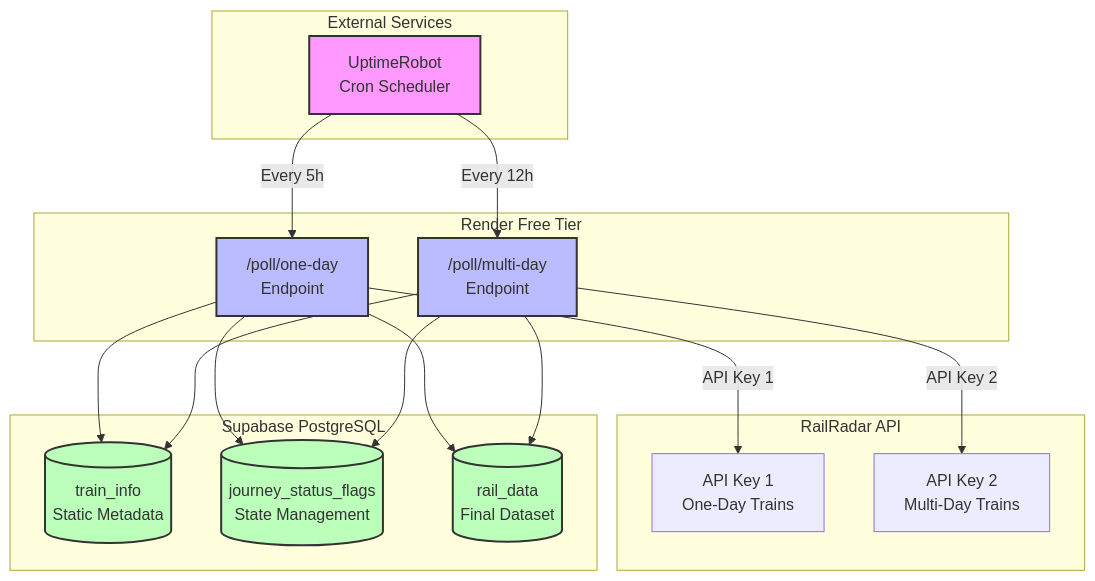
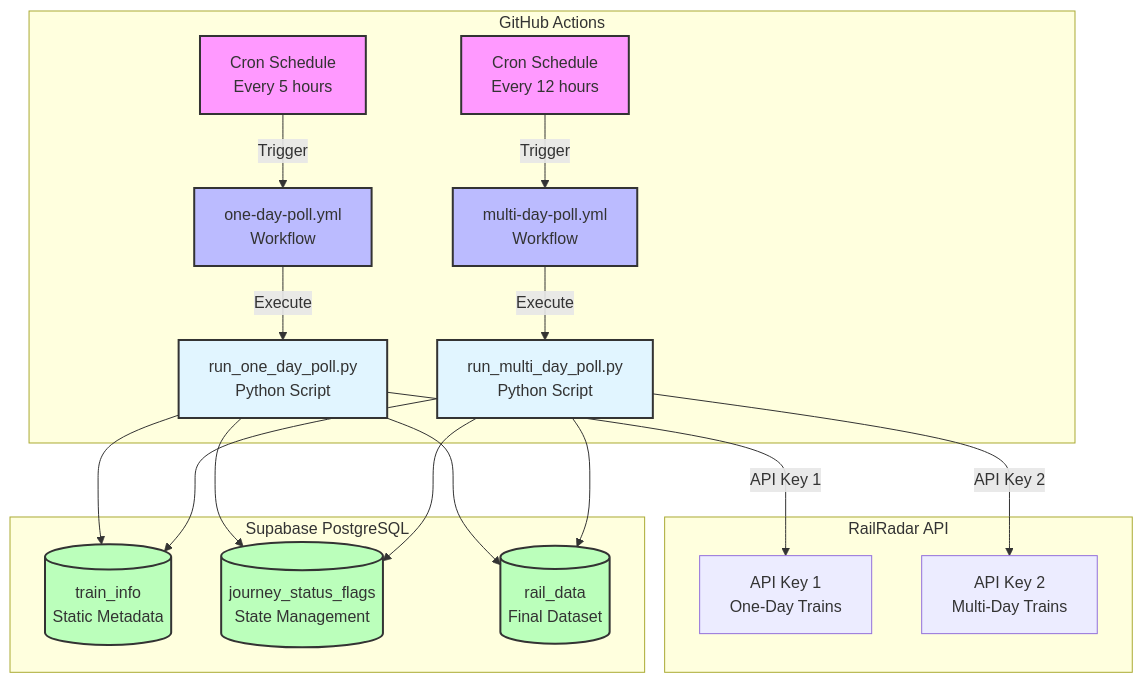
One commit to Ashvin755/Data-Centric-Train-Delay-Prediction-and-Propagation-Analytics changed the first of 5 diagrams in docs/implementation_plan.md. Above: the diagram before and after it, drawn with Mermaid. The commit also changed other lines of this file and 6 other files, not shown here.

````diff
--- a/docs/implementation_plan.md
+++ b/docs/implementation_plan.md
@@ -14,43 +14,48 @@
 ```mermaid
 graph TB
-    subgraph External["External Services"]
-        UR[UptimeRobot<br/>Cron Scheduler]
-    end
-    
-    subgraph Render["Render Free Tier"]
-        EP1["/poll/one-day<br/>Endpoint"]
-        EP2["/poll/multi-day<br/>Endpoint"]
+    subgraph GitHub["GitHub Actions"]
+        CRON1[Cron Schedule<br/>Every 5 hours]
+        CRON2[Cron Schedule<br/>Every 12 hours]
+        WF1[one-day-poll.yml<br/>Workflow]
+        WF2[multi-day-poll.yml<br/>Workflow]
+        SCRIPT1[run_one_day_poll.py<br/>Python Script]
+        SCRIPT2[run_multi_day_poll.py<br/>Python Script]
     end
     
     subgraph RailRadar["RailRadar API"]
         RR1[API Key 1<br/>One-Day Trains]
         RR2[API Key 2<br/>Multi-Day Trains]
     end
     
     subgraph Supabase["Supabase PostgreSQL"]
         TI[(train_info<br/>Static Metadata)]
         JSF[(journey_status_flags<br/>State Management)]
         RD[(rail_data<br/>Final Dataset)]
     end
     
-    UR -->|Every 5h| EP1
-    UR -->|Every 12h| EP2
+    CRON1 -->|Trigger| WF1
+    CRON2 -->|Trigger| WF2
+    WF1 -->|Execute| SCRIPT1
+    WF2 -->|Execute| SCRIPT2
     
-    EP1 -->|API Key 1| RR1
-    EP2 -->|API Key 2| RR2
+    SCRIPT1 -->|API Key 1| RR1
+    SCRIPT2 -->|API Key 2| RR2
     
-    EP1 --> TI
-    EP1 --> JSF
-    EP1 --> RD
+    SCRIPT1 --> TI
+    SCRIPT1 --> JSF
+    SCRIPT1 --> RD
     
-    EP2 --> TI
-    EP2 --> JSF
-    EP2 --> RD
+    SCRIPT2 --> TI
+    SCRIPT2 --> JSF
+    SCRIPT2 --> RD
     
-    style UR fill:#f9f,stroke:#333,stroke-width:2px
-    style EP1 fill:#bbf,stroke:#333,stroke-width:2px
-    style EP2 fill:#bbf,stroke:#333,stroke-width:2px
+    style CRON1 fill:#f9f,stroke:#333,stroke-width:2px
+    style CRON2 fill:#f9f,stroke:#333,stroke-width:2px
+    style WF1 fill:#bbf,stroke:#333,stroke-width:2px
+    style WF2 fill:#bbf,stroke:#333,stroke-width:2px
+    style SCRIPT1 fill:#e1f5ff,stroke:#333,stroke-width:2px
+    style SCRIPT2 fill:#e1f5ff,stroke:#333,stroke-width:2px
     style TI fill:#bfb,stroke:#333,stroke-width:2px
     style JSF fill:#bfb,stroke:#333,stroke-width:2px
     style RD fill:#bfb,stroke:#333,stroke-width:2px
 ```
````
